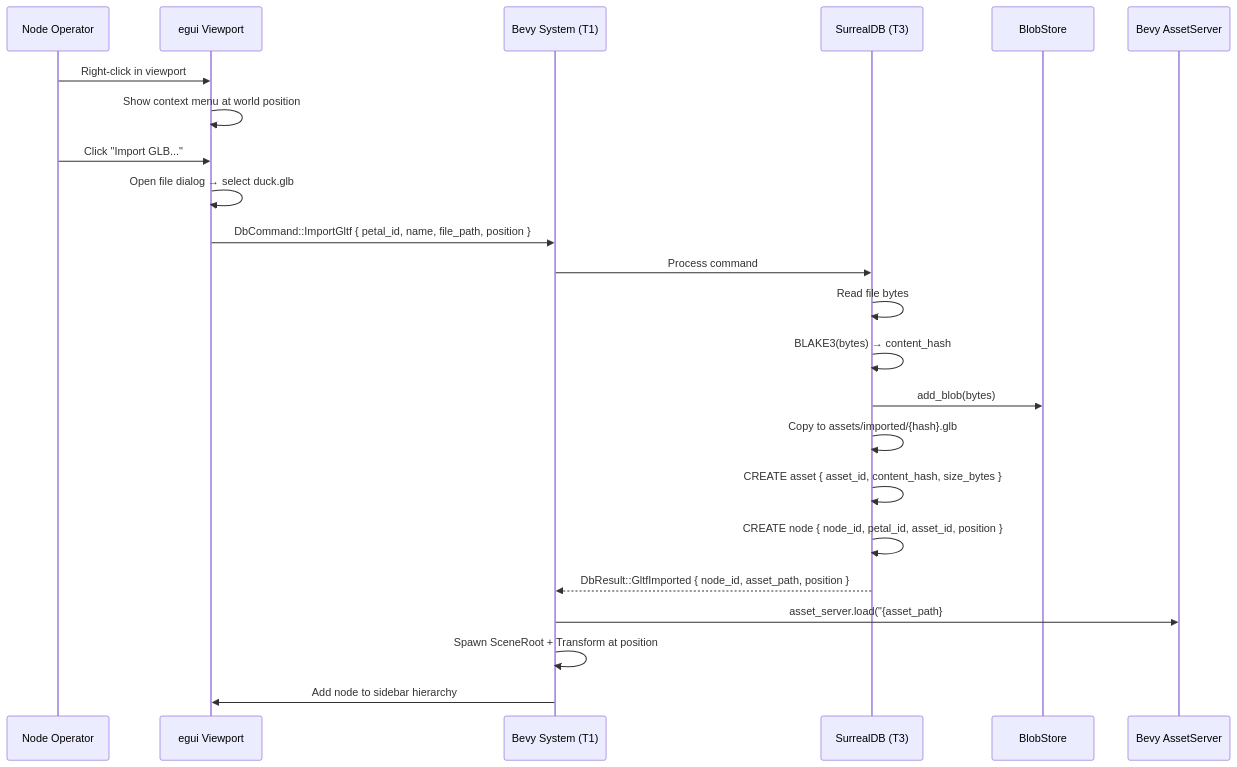
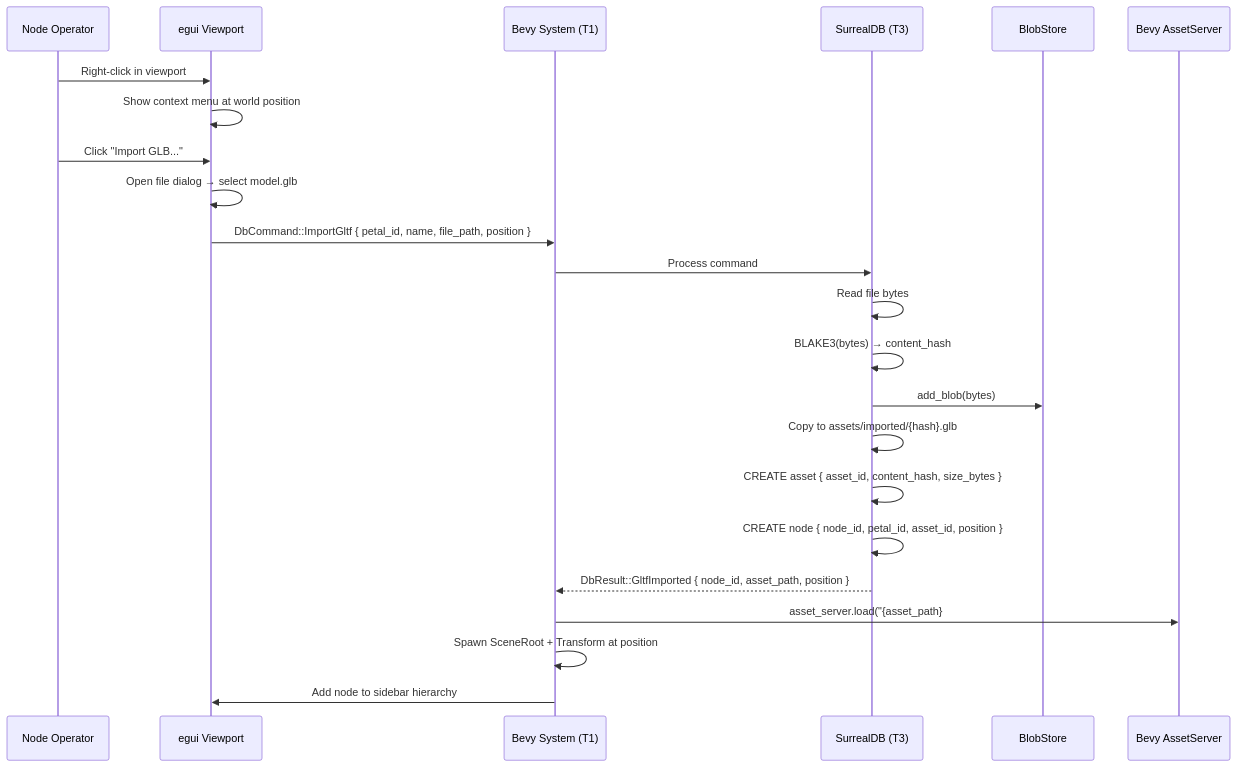
Before and after one commit to Escherbridge/fractalengine: the second of 5 diagrams in docs/diagrams/11-user-interaction-flow.md, drawn with Mermaid. The commit also changed 6 other files, not shown here.

First line of the commit message:
chore(assets): replace SCEA-licensed duck.glb with CC0 Khronos "Cameras"; verify Box licence; ignore settings.local.json

````diff
--- a/docs/diagrams/11-user-interaction-flow.md
+++ b/docs/diagrams/11-user-interaction-flow.md
@@ -35,30 +35,30 @@
 ```mermaid
 sequenceDiagram
     participant Op as Node Operator
     participant UI as egui Viewport
     participant T1 as Bevy System (T1)
     participant T3 as SurrealDB (T3)
     participant Blob as BlobStore
     participant Bevy as Bevy AssetServer
 
     Op->>UI: Right-click in viewport
     UI->>UI: Show context menu at world position
     Op->>UI: Click "Import GLB..."
-    UI->>UI: Open file dialog → select duck.glb
+    UI->>UI: Open file dialog → select model.glb
 
     UI->>T1: DbCommand::ImportGltf { petal_id, name, file_path, position }
     T1->>T3: Process command
 
     T3->>T3: Read file bytes
     T3->>T3: BLAKE3(bytes) → content_hash
     T3->>Blob: add_blob(bytes)
     T3->>T3: Copy to assets/imported/{hash}.glb
     T3->>T3: CREATE asset { asset_id, content_hash, size_bytes }
     T3->>T3: CREATE node { node_id, petal_id, asset_id, position }
 
     T3-->>T1: DbResult::GltfImported { node_id, asset_path, position }
 
     T1->>Bevy: asset_server.load("{asset_path}#Scene0")
     T1->>T1: Spawn SceneRoot + Transform at position
     T1->>UI: Add node to sidebar hierarchy
 ```
````
